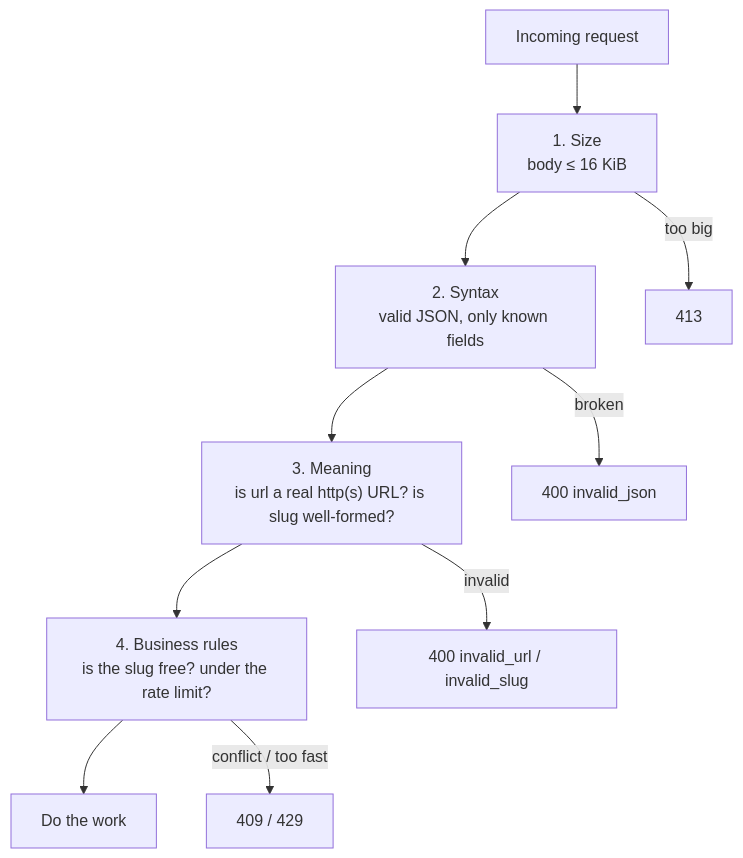
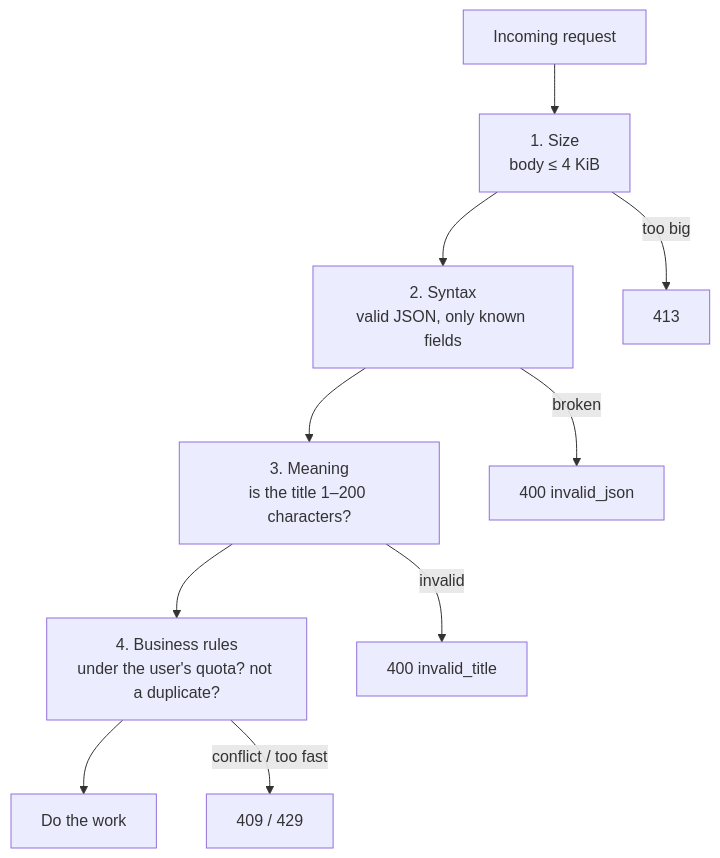
One commit to jawwadzafar/zero-to-prod changed the second of 2 diagrams in docs/apis/validation-errors-status-codes.mdx. Above: the diagram before and after it, drawn with Mermaid. The commit also changed other lines of this file, not shown here.

````diff
--- a/docs/apis/validation-errors-status-codes.mdx
+++ b/docs/apis/validation-errors-status-codes.mdx
@@ -41,12 +41,12 @@
 ```mermaid
 flowchart TB
-    R["Incoming request"] --> L1["1. Size<br/>body ≤ 16 KiB"]
+    R["Incoming request"] --> L1["1. Size<br/>body ≤ 4 KiB"]
     L1 --> L2["2. Syntax<br/>valid JSON, only known fields"]
-    L2 --> L3["3. Meaning<br/>is url a real http(s) URL? is slug well-formed?"]
-    L3 --> L4["4. Business rules<br/>is the slug free? under the rate limit?"]
+    L2 --> L3["3. Meaning<br/>is the title 1–200 characters?"]
+    L3 --> L4["4. Business rules<br/>under the user's quota? not a duplicate?"]
     L4 --> OK["Do the work"]
     L1 -->|"too big"| E1["413"]
     L2 -->|"broken"| E2["400 invalid_json"]
-    L3 -->|"invalid"| E3["400 invalid_url / invalid_slug"]
+    L3 -->|"invalid"| E3["400 invalid_title"]
     L4 -->|"conflict / too fast"| E4["409 / 429"]
 ```
````
